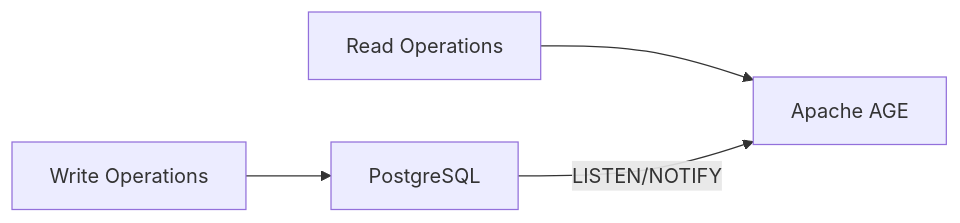
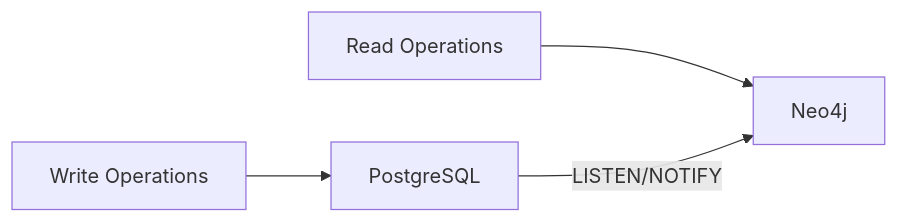
Before and after one commit to AHartTN/Hartonomous: the first of 2 diagrams in docs/architecture/README.md, drawn with Mermaid. The commit also changed other lines of this file and 61 other files, not shown here.

````diff
--- a/docs/architecture/README.md
+++ b/docs/architecture/README.md
@@ -24,6 +25,6 @@
 ```mermaid
 graph LR
     A[Write Operations] --> B[PostgreSQL]
-    C[Read Operations] --> D[Apache AGE]
+    C[Read Operations] --> D[Neo4j]
     B -->|LISTEN/NOTIFY| D
 ```
````
